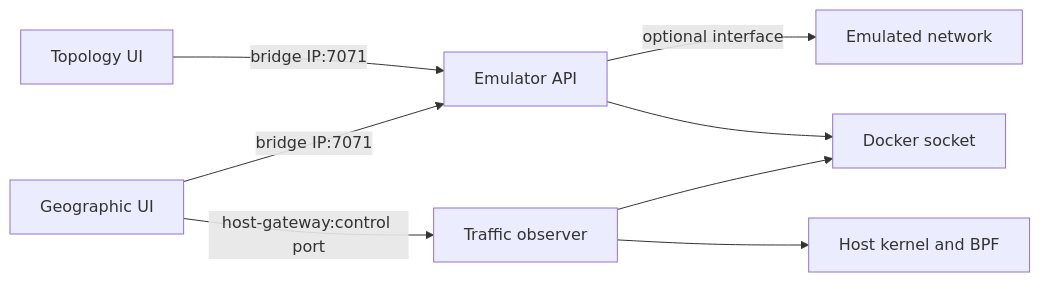
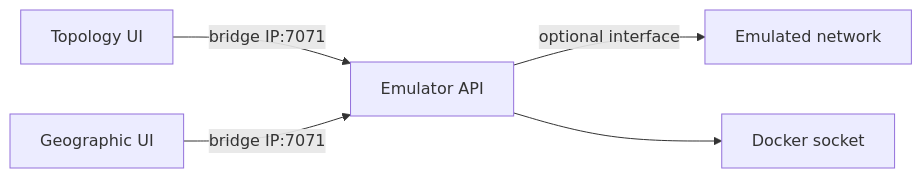
One commit to seed-labs/seed-emulator changed the diagram in docs/designs/internet_map.md. Above: the diagram before and after it, drawn with Mermaid. The commit also changed other lines of this file and 13 other files, not shown here.

Commit message:
add: TrafficObserver bundle

````diff
--- a/docs/designs/internet_map.md
+++ b/docs/designs/internet_map.md
@@ -32,10 +31,7 @@
 ```mermaid
 flowchart LR
     T[Topology UI] -->|bridge IP:7071| A[Emulator API]
     G[Geographic UI] -->|bridge IP:7071| A
-    G -->|host-gateway:control port| O[Traffic observer]
     A -->|optional interface| E[Emulated network]
     A --> D[Docker socket]
-    O --> D
-    O --> K[Host kernel and BPF]
 ```
````
